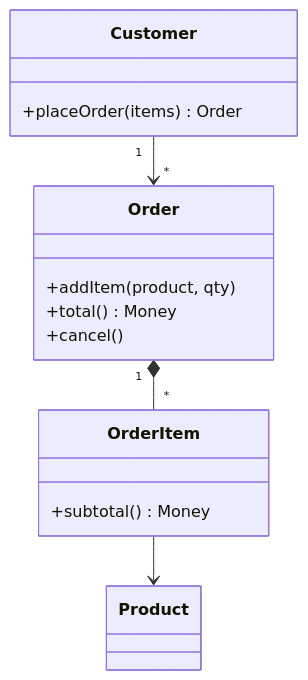
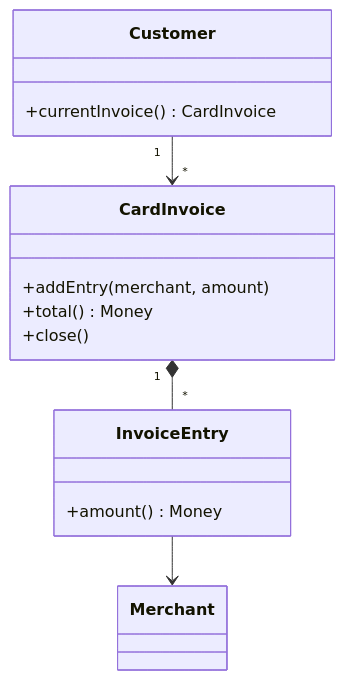
The diagram in docs/design/poeaa/domain-logic/domain-model.md (alancesar/design-patterns), drawn with Mermaid before and after one commit. The commit also changed other lines of this file and 95 other files, not shown here.

First line of the commit message:
Switch PoEAA examples and diagrams to fintech scenarios

````diff
--- a/docs/design/poeaa/domain-logic/domain-model.md
+++ b/docs/design/poeaa/domain-logic/domain-model.md
@@ -56,18 +56,18 @@
 ```mermaid
 classDiagram
     class Customer {
-        +placeOrder(items) Order
+        +currentInvoice() CardInvoice
     }
-    class Order {
-        +addItem(product, qty)
+    class CardInvoice {
+        +addEntry(merchant, amount)
         +total() Money
-        +cancel()
+        +close()
     }
-    class OrderItem {
-        +subtotal() Money
+    class InvoiceEntry {
+        +amount() Money
     }
-    class Product
-    Customer "1" --> "*" Order
-    Order "1" *-- "*" OrderItem
-    OrderItem --> Product
+    class Merchant
+    Customer "1" --> "*" CardInvoice
+    CardInvoice "1" *-- "*" InvoiceEntry
+    InvoiceEntry --> Merchant
 ```
````
